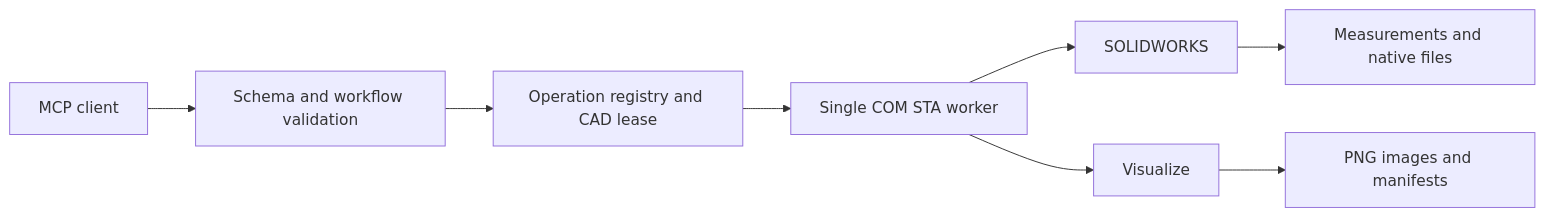
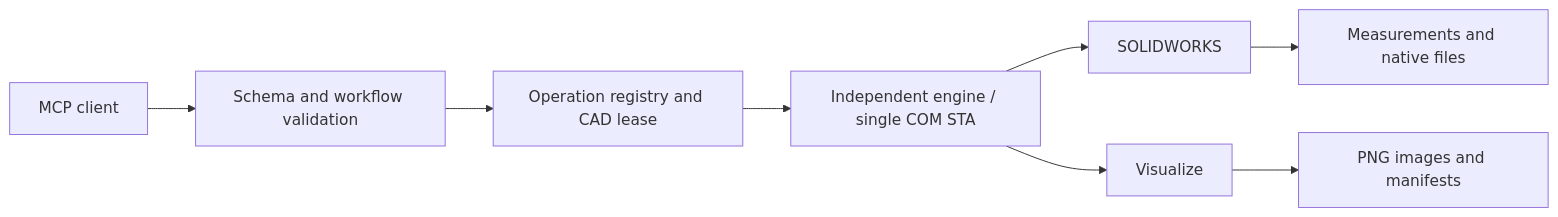
One commit to U-C4N/Solidworks-MCP-PRO changed the diagram in README.md. Above: the diagram before and after it, drawn with Mermaid. The commit also changed other lines of this file and 6 other files, not shown here.

Commit message:
Document independent v0.7.0 engine and verified native evidence

````diff
--- a/README.md
+++ b/README.md
@@ -245,10 +245,10 @@
 ```mermaid
 flowchart LR
     A[MCP client] --> B[Schema and workflow validation]
     B --> C[Operation registry and CAD lease]
-    C --> D[Single COM STA worker]
+    C --> D[Independent engine / single COM STA]
     D --> E[SOLIDWORKS]
     D --> F[Visualize]
     E --> G[Measurements and native files]
     F --> H[PNG images and manifests]
 ```
````
